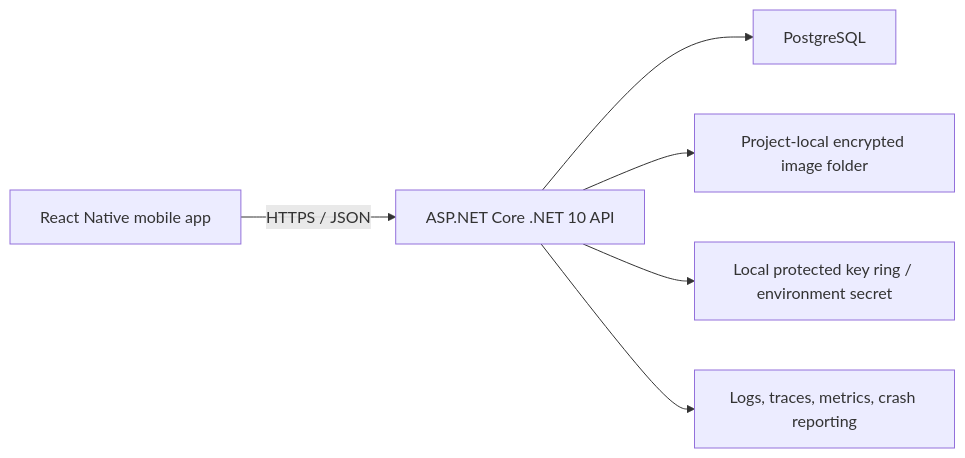
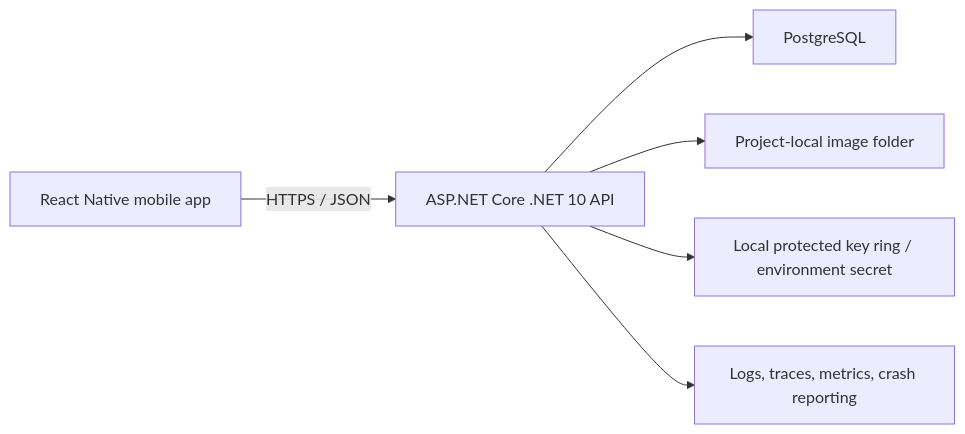
One commit to Jingyi012/Bloom changed the first of 2 diagrams in docs/BLOOM_IMPLEMENTATION_PLAN.md. Above: the diagram before and after it, drawn with Mermaid. The commit also changed other lines of this file and 24 other files, not shown here.

````diff
--- a/docs/BLOOM_IMPLEMENTATION_PLAN.md
+++ b/docs/BLOOM_IMPLEMENTATION_PLAN.md
@@ -194,8 +194,8 @@
 ```mermaid
 flowchart LR
     Mobile["React Native mobile app"] -->|HTTPS / JSON| API["ASP.NET Core .NET 10 API"]
     API --> DB["PostgreSQL"]
-    API --> Images["Project-local encrypted image folder"]
+    API --> Images["Project-local image folder"]
     API --> Keys["Local protected key ring / environment secret"]
     API --> Obs["Logs, traces, metrics, crash reporting"]
 ```
````
